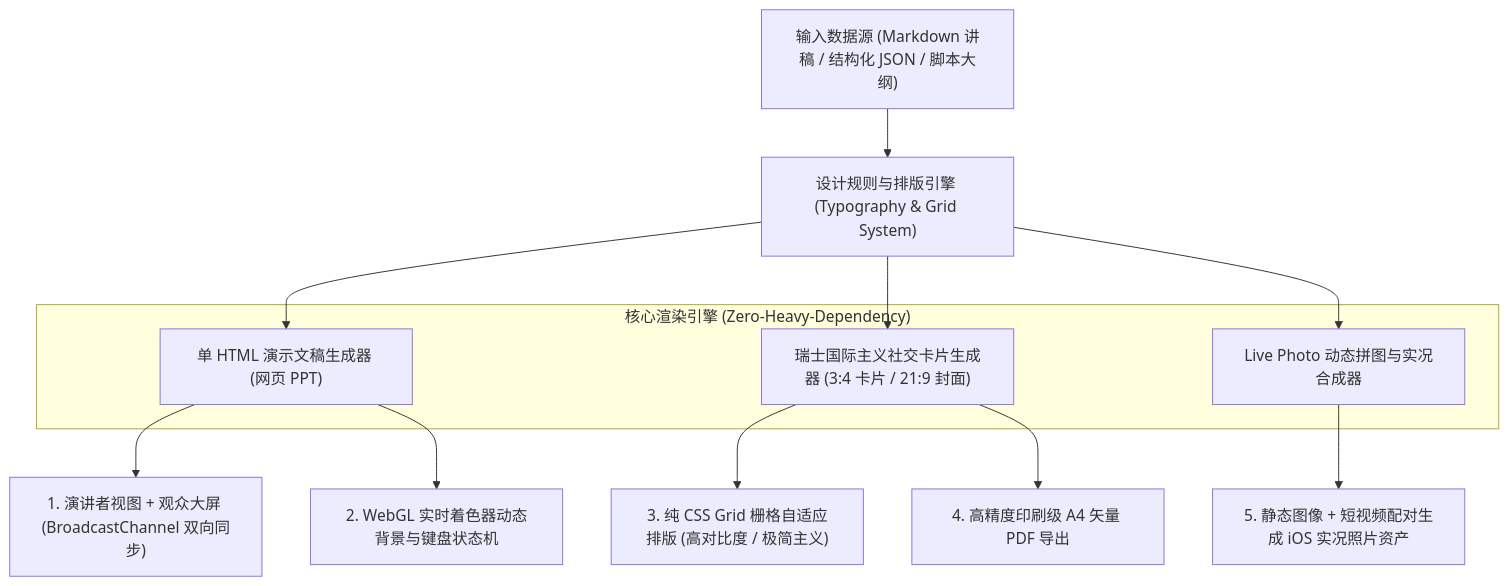
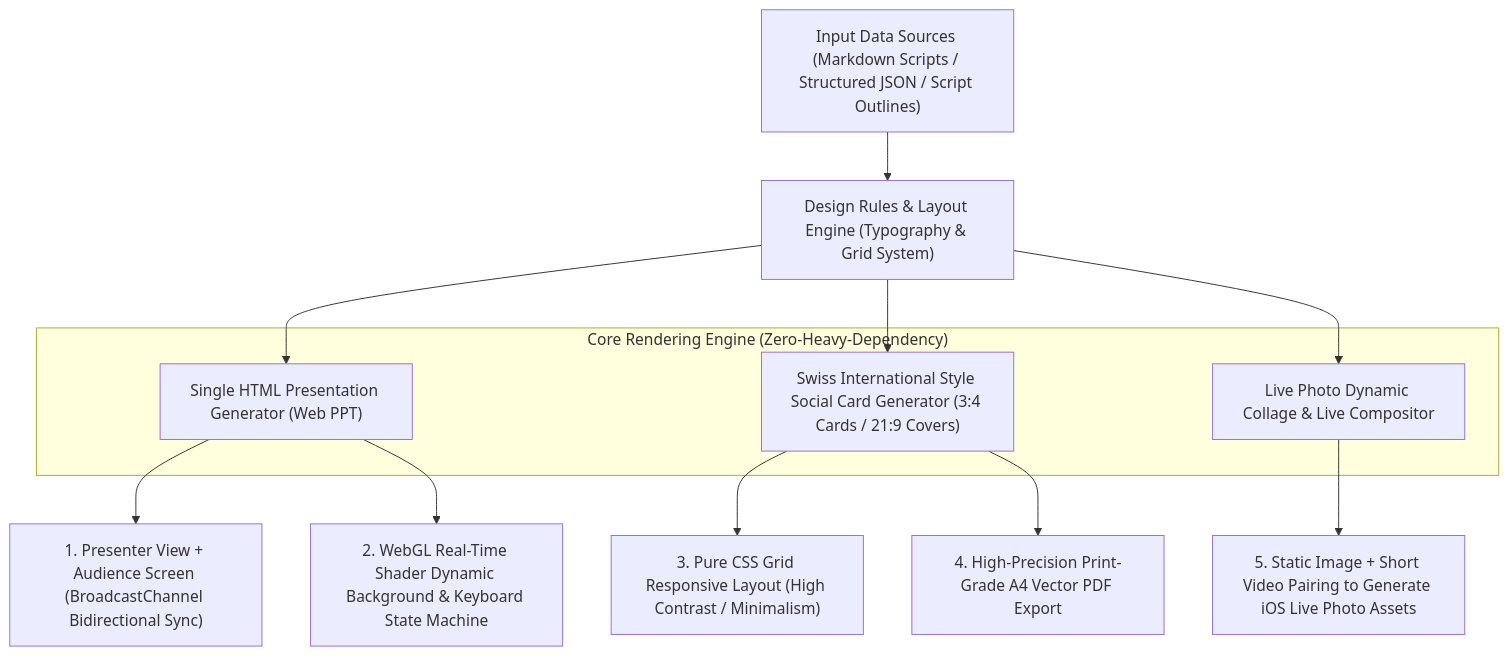
The diagram in 02_business_rpa/17_parametric_web_slides_swiss_social_cards.md (cky9/portfolio), drawn with Mermaid before and after one commit. The commit also changed other lines of this file and 69 other files, not shown here.

Commit message:
feat(i18n): fully translate all 21 architecture specifications and 14 demo READMEs to native English with bilingual mirrors

````diff
--- a/02_business_rpa/17_parametric_web_slides_swiss_social_cards.md
+++ b/02_business_rpa/17_parametric_web_slides_swiss_social_cards.md
@@ -21,22 +23,22 @@
 ```mermaid
 flowchart TD
-    A["输入数据源 (Markdown 讲稿 / 结构化 JSON / 脚本大纲)"] --> B["设计规则与排版引擎 (Typography & Grid System)"]
+    A["Input Data Sources (Markdown Scripts / Structured JSON / Script Outlines)"] --> B["Design Rules & Layout Engine (Typography & Grid System)"]
     
-    subgraph Engine["核心渲染引擎 (Zero-Heavy-Dependency)"]
-        C1["单 HTML 演示文稿生成器 (网页 PPT)"]
-        C2["瑞士国际主义社交卡片生成器 (3:4 卡片 / 21:9 封面)"]
-        C3["Live Photo 动态拼图与实况合成器"]
+    subgraph Engine["Core Rendering Engine (Zero-Heavy-Dependency)"]
+        C1["Single HTML Presentation Generator (Web PPT)"]
+        C2["Swiss International Style Social Card Generator (3:4 Cards / 21:9 Covers)"]
+        C3["Live Photo Dynamic Collage & Live Compositor"]
     end
     
     B --> C1
     B --> C2
     B --> C3
     
-    C1 --> D1["1. 演讲者视图 + 观众大屏 (BroadcastChannel 双向同步)"]
-    C1 --> D2["2. WebGL 实时着色器动态背景与键盘状态机"]
+    C1 --> D1["1. Presenter View + Audience Screen (BroadcastChannel Bidirectional Sync)"]
+    C1 --> D2["2. WebGL Real-Time Shader Dynamic Background & Keyboard State Machine"]
     
-    C2 --> E1["3. 纯 CSS Grid 栅格自适应排版 (高对比度 / 极简主义)"]
-    C2 --> E2["4. 高精度印刷级 A4 矢量 PDF 导出"]
+    C2 --> E1["3. Pure CSS Grid Responsive Layout (High Contrast / Minimalism)"]
+    C2 --> E2["4. High-Precision Print-Grade A4 Vector PDF Export"]
     
-    C3 --> F1["5. 静态图像 + 短视频配对生成 iOS 实况照片资产"]
+    C3 --> F1["5. Static Image + Short Video Pairing to Generate iOS Live Photo Assets"]
 ```
````
